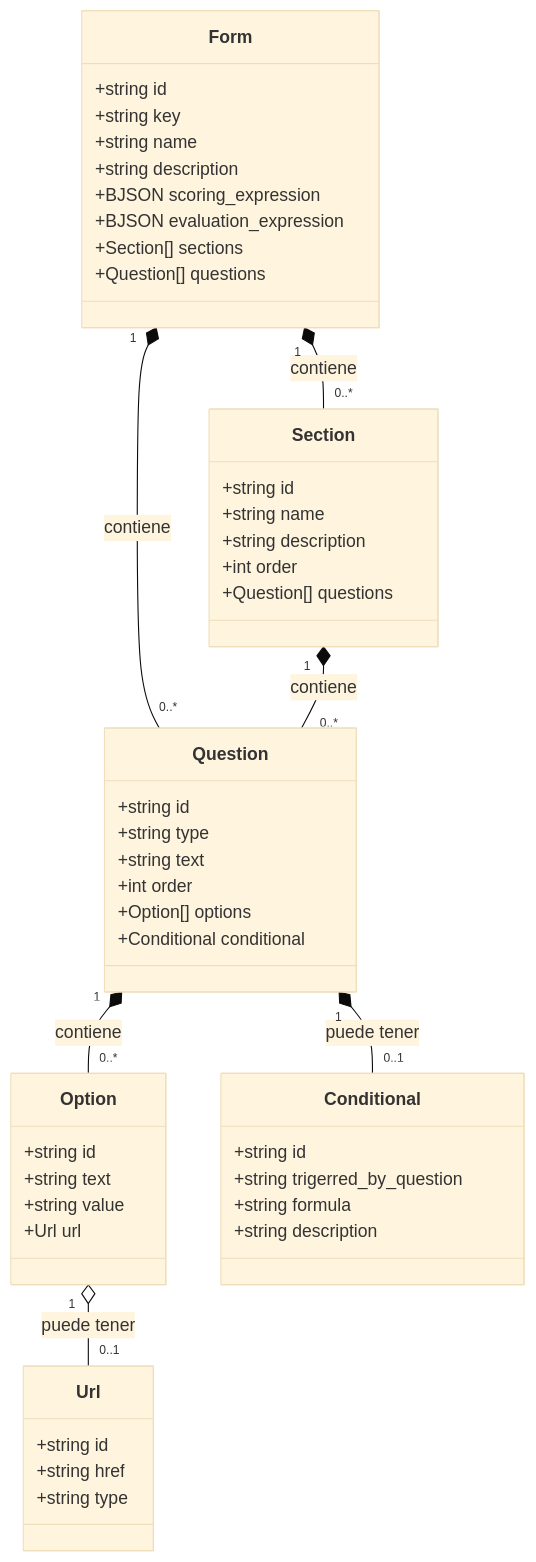
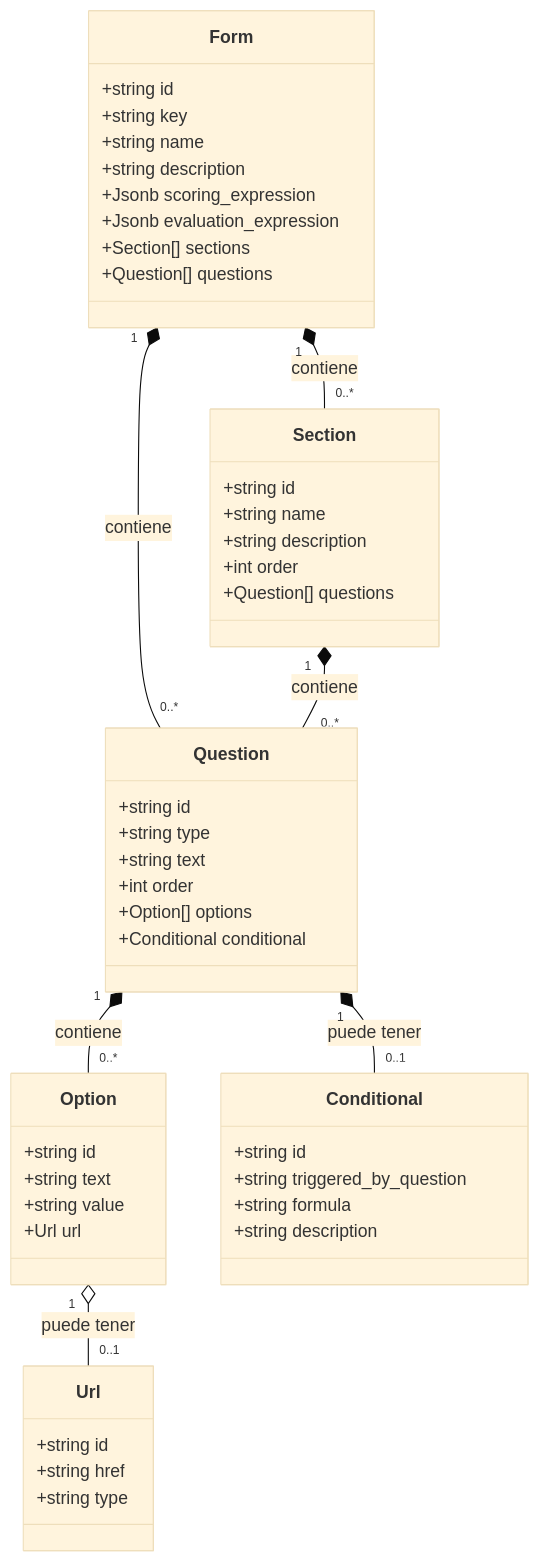
One commit to m4ck-y/dh_docs changed the diagram in features/questionnaires/CLASS_questionnaires.mmd. Above: the diagram before and after it, drawn with Mermaid (base theme). The commit also changed 3 other files, not shown here.

```diff
--- a/features/questionnaires/CLASS_questionnaires.mmd
+++ b/features/questionnaires/CLASS_questionnaires.mmd
@@ -1,55 +1,55 @@
 classDiagram
     class Form {
         +string id
         +string key
         +string name
         +string description
-        +BJSON scoring_expression
-        +BJSON evaluation_expression
+        +Jsonb scoring_expression
+        +Jsonb evaluation_expression
         +Section[] sections
         +Question[] questions
     }
 
     class Section {
         +string id
         +string name
         +string description
         +int order
         +Question[] questions
     }
 
     class Question {
         +string id
         +string type
         +string text
         +int order
         +Option[] options
         +Conditional conditional
     }
 
     class Option {
         +string id
         +string text
         +string value
         +Url url
     }
 
     class Conditional {
         +string id
-        +string trigerred_by_question
+        +string triggered_by_question
         +string formula
         +string description
     }
 
     class Url {
         +string id
         +string href
         +string type
     }
 
     Form "1" *-- "0..*" Section : contiene
     Form "1" *-- "0..*" Question : contiene
     Section "1" *-- "0..*" Question : contiene
     Question "1" *-- "0..*" Option : contiene
     Question "1" *-- "0..1" Conditional : puede tener
     Option "1" o-- "0..1" Url : puede tener
```
